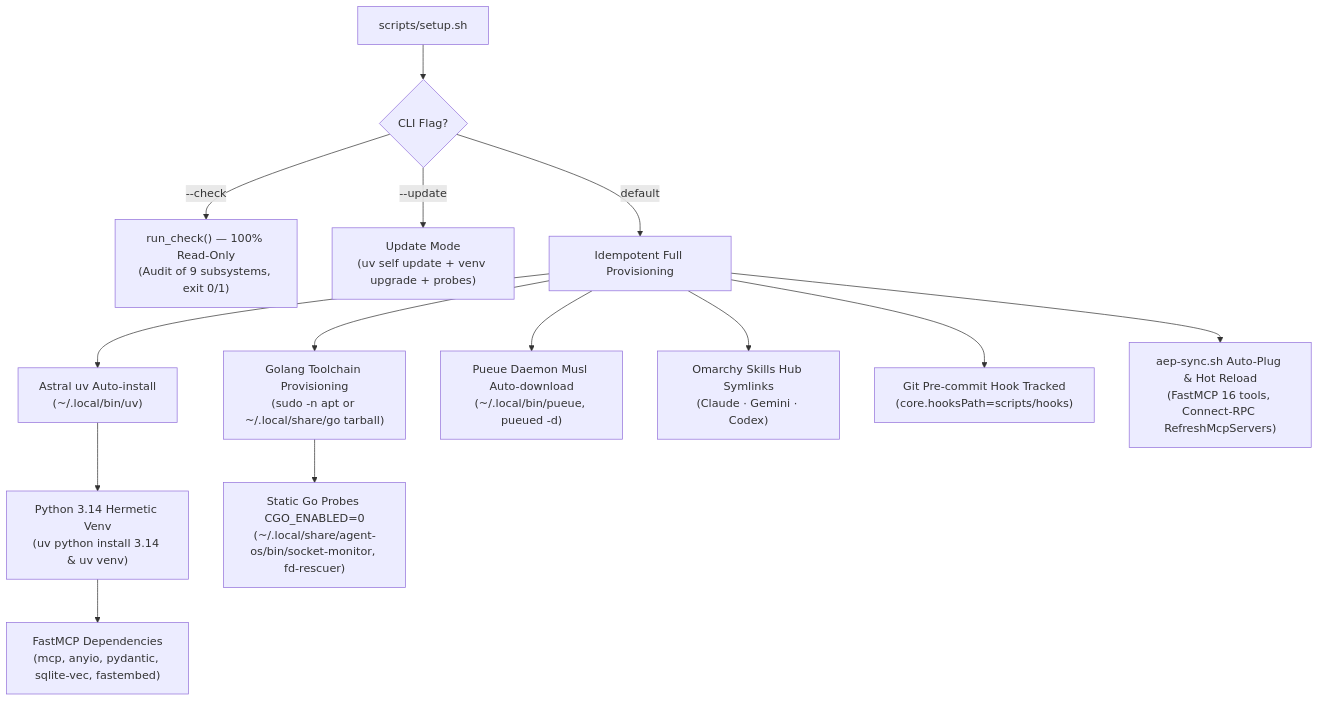
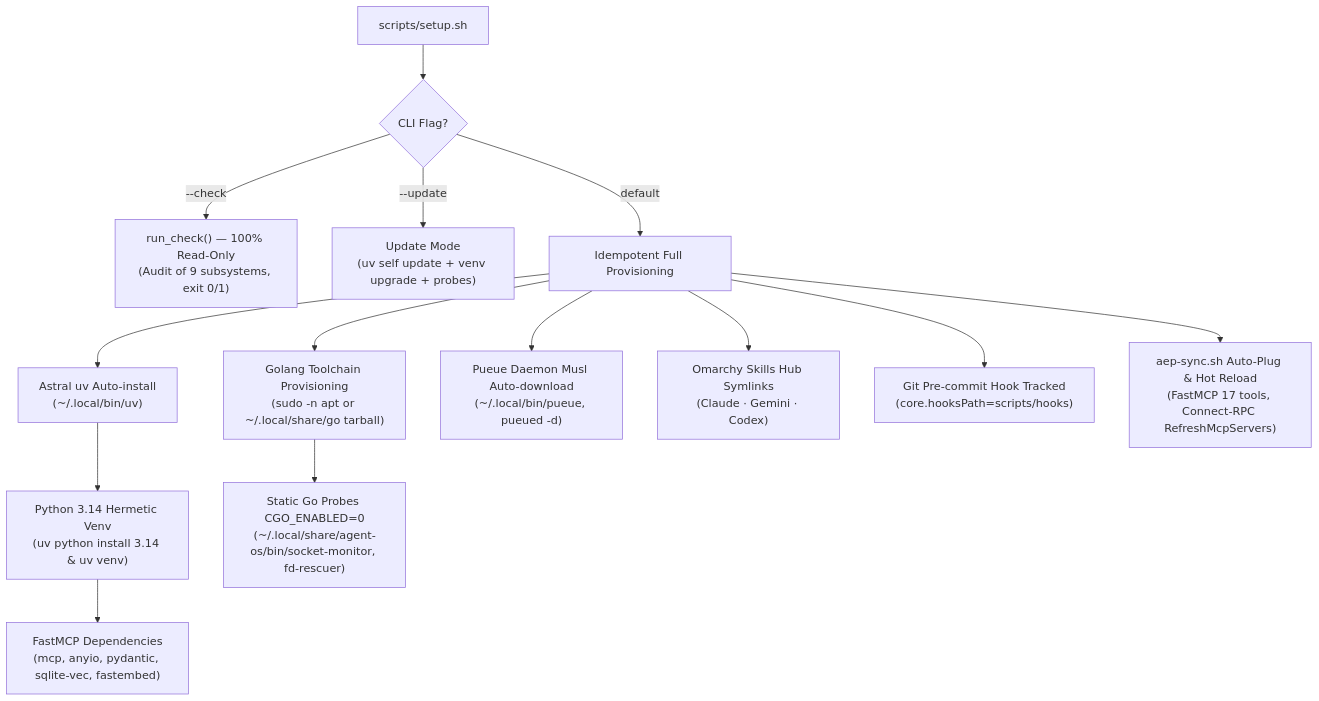
One commit to ancrz/agent-execution-plane changed diagram 18 of 19 in README.md. Above: the diagram before and after it, drawn with Mermaid. The commit also changed other lines of this file and 7 other files, not shown here.

First line of the commit message:
docs(ONT-40): sync README and CHANGELOG to 17 tools, add invariant gate (T15, T16)

````diff
--- a/README.md
+++ b/README.md
@@ -1098,17 +1100,17 @@
 ```mermaid
 flowchart TD
     A["scripts/setup.sh"] --> Flag{"CLI Flag?"}
     Flag -->|"--check"| CHK["run_check() — 100% Read-Only<br/>(Audit of 9 subsystems, exit 0/1)"]
     Flag -->|"--update"| UPD["Update Mode<br/>(uv self update + venv upgrade + probes)"]
     Flag -->|"default"| PROV["Idempotent Full Provisioning"]
 
     PROV --> B1["Astral uv Auto-install<br/>(~/.local/bin/uv)"]
     B1 --> B2["Python 3.14 Hermetic Venv<br/>(uv python install 3.14 & uv venv)"]
     B2 --> B3["FastMCP Dependencies<br/>(mcp, anyio, pydantic, sqlite-vec, fastembed)"]
     PROV --> G1["Golang Toolchain Provisioning<br/>(sudo -n apt or ~/.local/share/go tarball)"]
     G1 --> G2["Static Go Probes CGO_ENABLED=0<br/>(~/.local/share/agent-os/bin/socket-monitor, fd-rescuer)"]
     PROV --> P1["Pueue Daemon Musl Auto-download<br/>(~/.local/bin/pueue, pueued -d)"]
     PROV --> S1["Omarchy Skills Hub Symlinks<br/>(Claude · Gemini · Codex)"]
     PROV --> S2["Git Pre-commit Hook Tracked<br/>(core.hooksPath=scripts/hooks)"]
-    PROV --> S3["aep-sync.sh Auto-Plug & Hot Reload<br/>(FastMCP 16 tools, Connect-RPC RefreshMcpServers)"]
+    PROV --> S3["aep-sync.sh Auto-Plug & Hot Reload<br/>(FastMCP 17 tools, Connect-RPC RefreshMcpServers)"]
 ```
````
